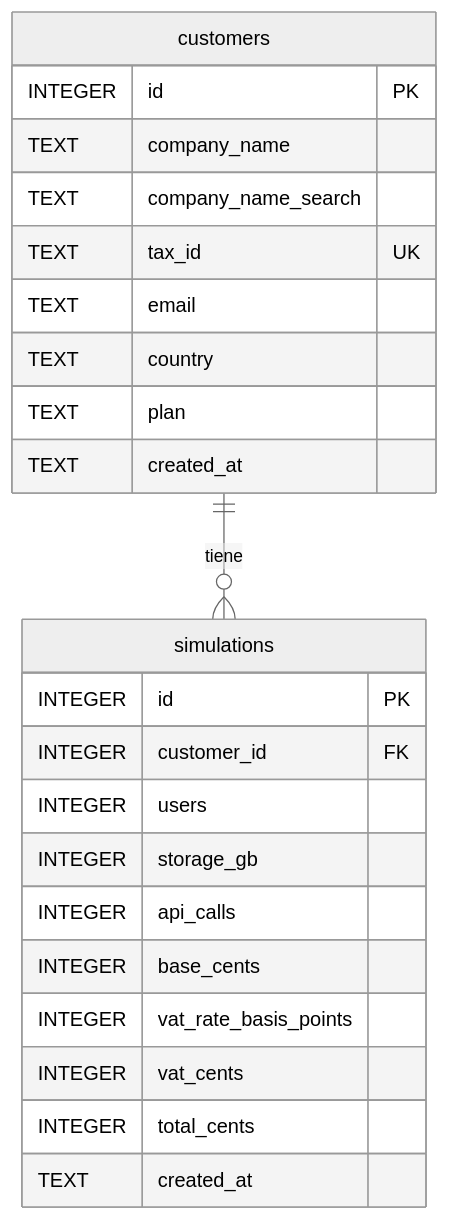
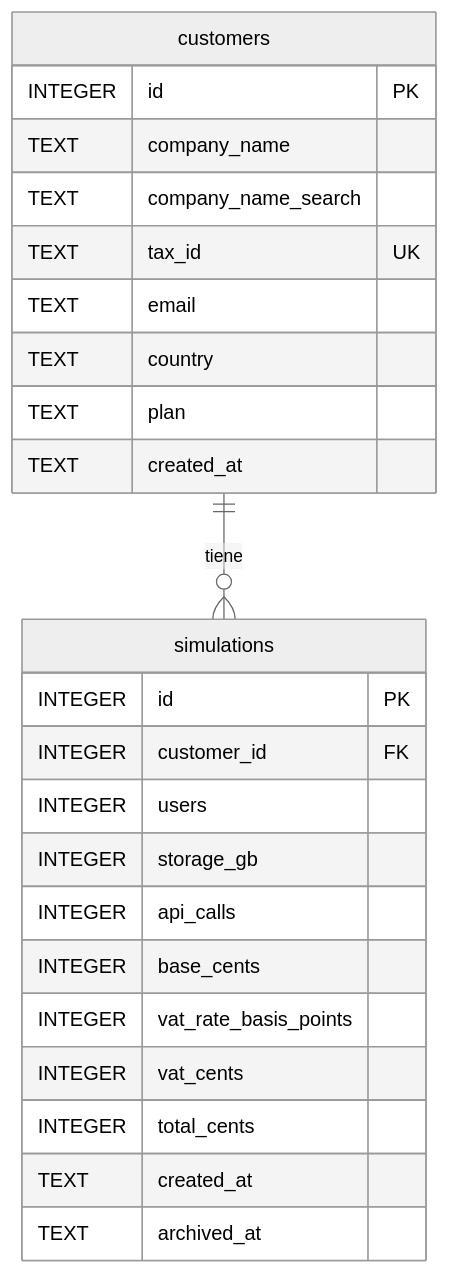
One commit to marcosAlvarezCalabria/Saas-o-matic changed the diagram in ai-workspace/02-architecture/01-modelo-datos.md. Above: the diagram before and after it, drawn with Mermaid (neutral theme). The commit also changed other lines of this file and 11 other files, not shown here.

````diff
--- a/ai-workspace/02-architecture/01-modelo-datos.md
+++ b/ai-workspace/02-architecture/01-modelo-datos.md
@@ -5,26 +5,27 @@
 ```mermaid
 erDiagram
   customers ||--o{ simulations : tiene
   customers {
     INTEGER id PK
     TEXT company_name
     TEXT company_name_search
     TEXT tax_id UK
     TEXT email
     TEXT country
     TEXT plan
     TEXT created_at
   }
   simulations {
     INTEGER id PK
     INTEGER customer_id FK
     INTEGER users
     INTEGER storage_gb
     INTEGER api_calls
     INTEGER base_cents
     INTEGER vat_rate_basis_points
     INTEGER vat_cents
     INTEGER total_cents
     TEXT created_at
+    TEXT archived_at
   }
 ```
````
